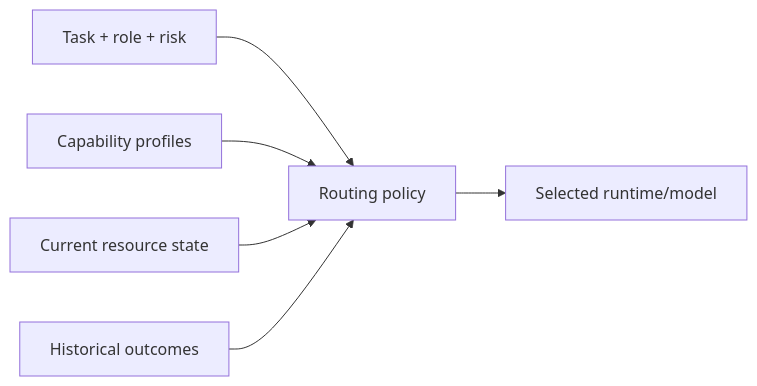
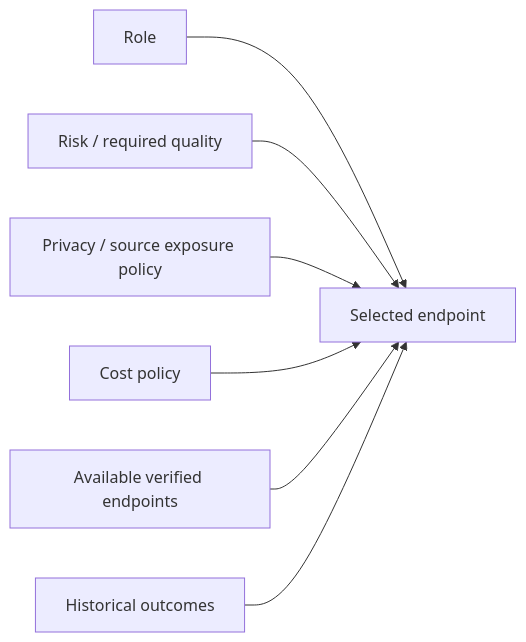
Before and after one commit to olostan/DevCadence: the second of 2 diagrams in docs/MODEL_RUNTIME.md, drawn with Mermaid. The commit also changed other lines of this file, not shown here.

Commit message:
docs: generalize model runtime into capability-routed cognition

````diff
--- a/docs/MODEL_RUNTIME.md
+++ b/docs/MODEL_RUNTIME.md
@@ -76,15 +149,17 @@
 ```mermaid
 flowchart LR
-    Task["Task + role + risk"]
-    Profiles["Capability profiles"]
-    Resources["Current resource state"]
+    Role["Role"]
+    Risk["Risk / required quality"]
+    Privacy["Privacy / source exposure policy"]
+    Budget["Cost policy"]
+    Available["Available verified endpoints"]
     Eval["Historical outcomes"]
-    Policy["Routing policy"]
-    Choice["Selected runtime/model"]
+    Choice["Selected endpoint"]
 
-    Task --> Policy
-    Profiles --> Policy
-    Resources --> Policy
-    Eval --> Policy
-    Policy --> Choice
+    Role --> Choice
+    Risk --> Choice
+    Privacy --> Choice
+    Budget --> Choice
+    Available --> Choice
+    Eval --> Choice
 ```
````
